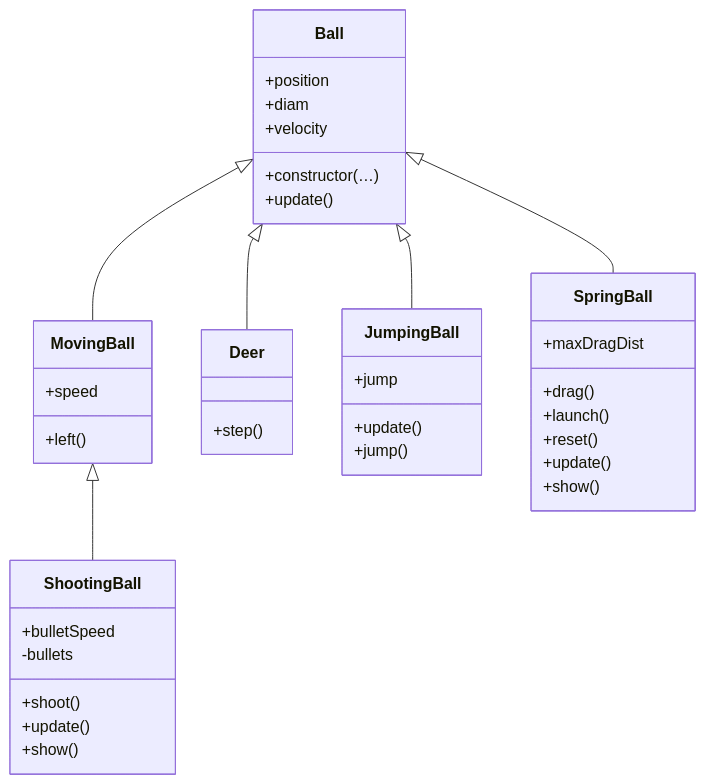
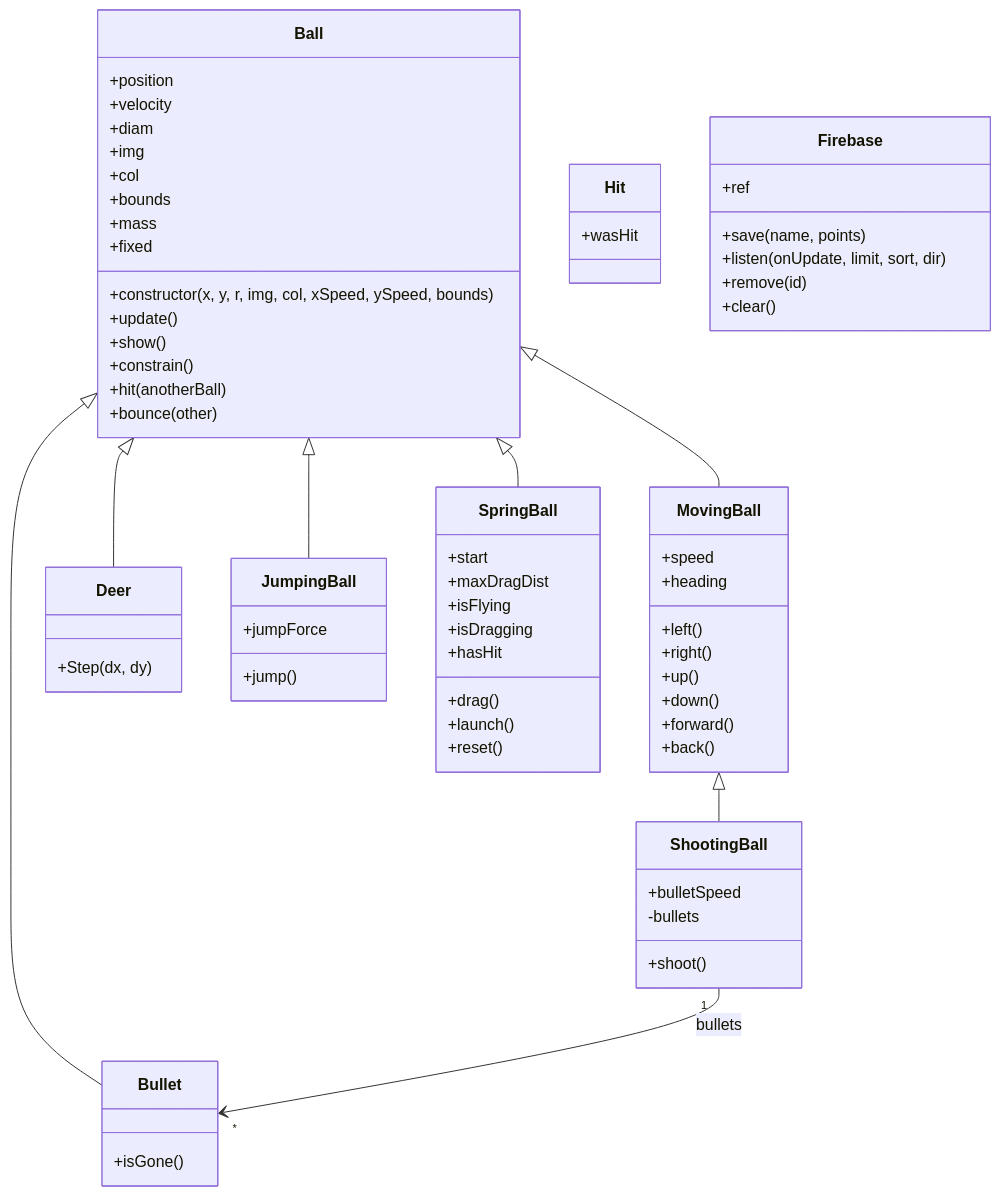
The diagram in README.md (Toke-AT/minigame), drawn with Mermaid before and after one commit.

Commit message:
Update class diagram in README.md

````diff
--- a/README.md
+++ b/README.md
@@ -1,48 +1,80 @@
 ```mermaid
 classDiagram
-    Ball <|-- MovingBall
-    MovingBall <|-- ShootingBall
-    Ball <|-- Deer
+    Ball <|-- MovingBall
+    MovingBall <|-- ShootingBall
+    Ball <|-- Deer
     Ball <|-- JumpingBall
     Ball <|-- SpringBall
+    Ball <|-- Bullet
+    ShootingBall "1" --> "*" Bullet : bullets
 
-    class Ball {
-        +position
-        +diam
-        +velocity
-        +constructor(…)
-        +update()
-    }
-
-    class MovingBall {
-        +speed
-        +left()
-    }
-
-    class ShootingBall {
-        +bulletSpeed
-        -bullets
-        +shoot()
+    class Ball {
+        +position
+        +velocity
+        +diam
+        +img
+        +col
+        +bounds
+        +mass
+        +fixed
+        +constructor(x, y, r, img, col, xSpeed, ySpeed, bounds)
         +update()
         +show()
-    }
+        +constrain()
+        +hit(anotherBall)
+        +bounce(other)
+    }
 
-    class Deer {
-        +step()
-    }
+    class MovingBall {
+        +speed
+        +heading
+        +left()
+        +right()
+        +up()
+        +down()
+        +forward()
+        +back()
+    }
 
-    class JumpingBall{
-        +jump
-        +update()
+    class ShootingBall {
+        +bulletSpeed
+        -bullets
+        +shoot()
+    }
+
+    class Bullet {
+        +isGone()
+    }
+
+    class Deer {
+        +Step(dx, dy)
+    }
+
+    class JumpingBall {
+        +jumpForce
         +jump()
     }
 
-    class SpringBall{
+    class SpringBall {
+        +start
         +maxDragDist
+        +isFlying
+        +isDragging
+        +hasHit
         +drag()
         +launch()
         +reset()
-        +update()
-        +show()
+    }
+
+    class Hit {
+        +wasHit
+    }
+
+    class Firebase {
+        +ref
+        +save(name, points)
+        +listen(onUpdate, limit, sort, dir)
+        +remove(id)
+        +clear()
     }
 ```
````
